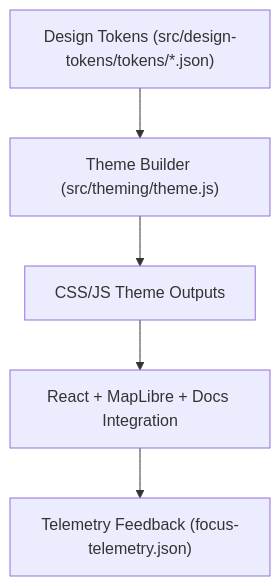
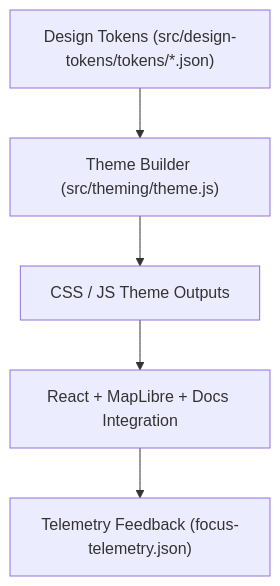
One commit to bartytime4life/Kansas-Frontier-Matrix changed the diagram in src/theming/README.md. Above: the diagram before and after it, drawn with Mermaid. The commit also changed other lines of this file, not shown here.

````diff
--- a/src/theming/README.md
+++ b/src/theming/README.md
@@ -98,7 +112,7 @@
 ```mermaid
 flowchart TD
-A["Design Tokens (src/design-tokens/tokens/*.json)"] --> B["Theme Builder (src/theming/theme.js)"]
-B --> C["CSS/JS Theme Outputs"]
-C --> D["React + MapLibre + Docs Integration"]
-D --> E["Telemetry Feedback (focus-telemetry.json)"]
+  A["Design Tokens (src/design-tokens/tokens/*.json)"] --> B["Theme Builder (src/theming/theme.js)"]
+  B --> C["CSS / JS Theme Outputs"]
+  C --> D["React + MapLibre + Docs Integration"]
+  D --> E["Telemetry Feedback (focus-telemetry.json)"]
 ```
````
